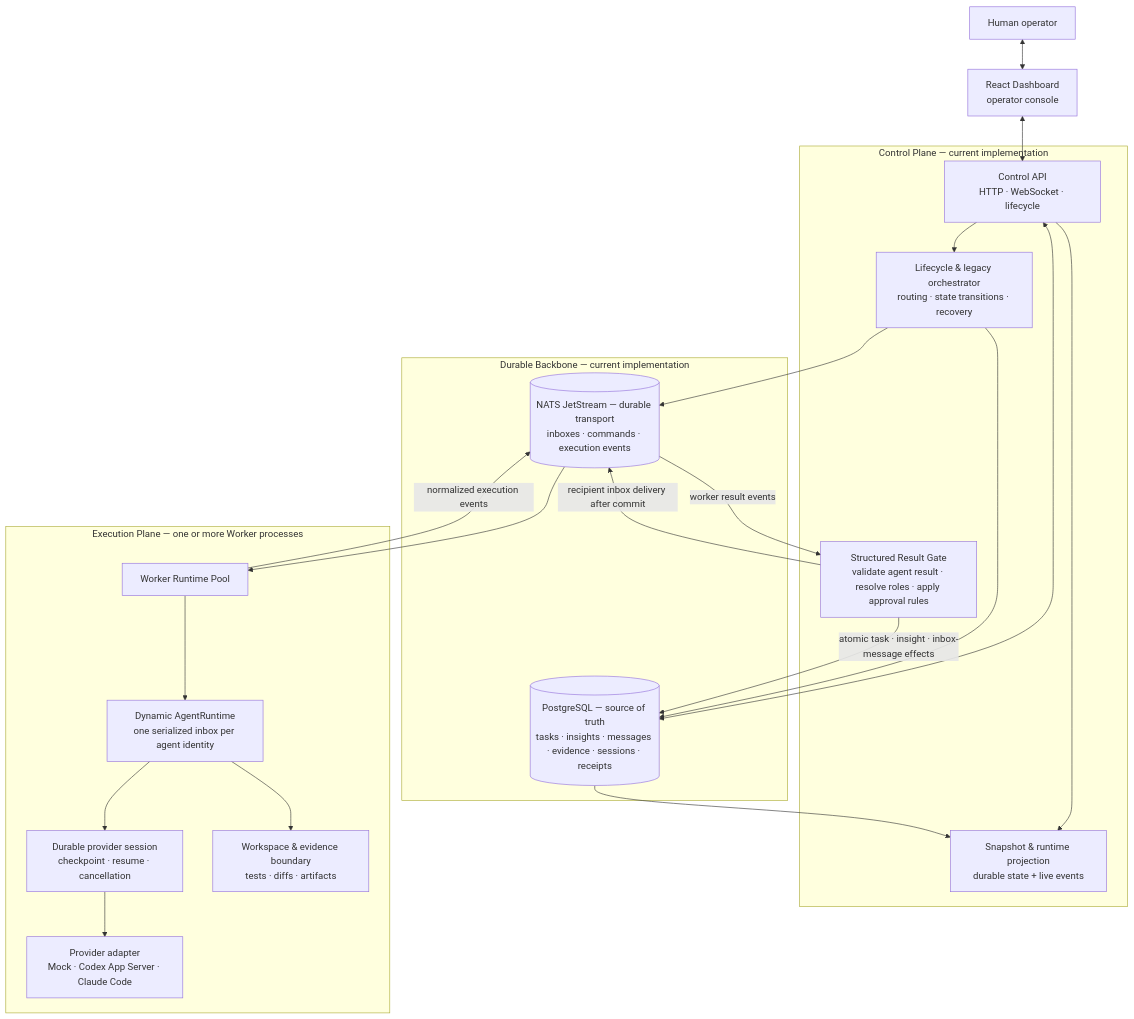
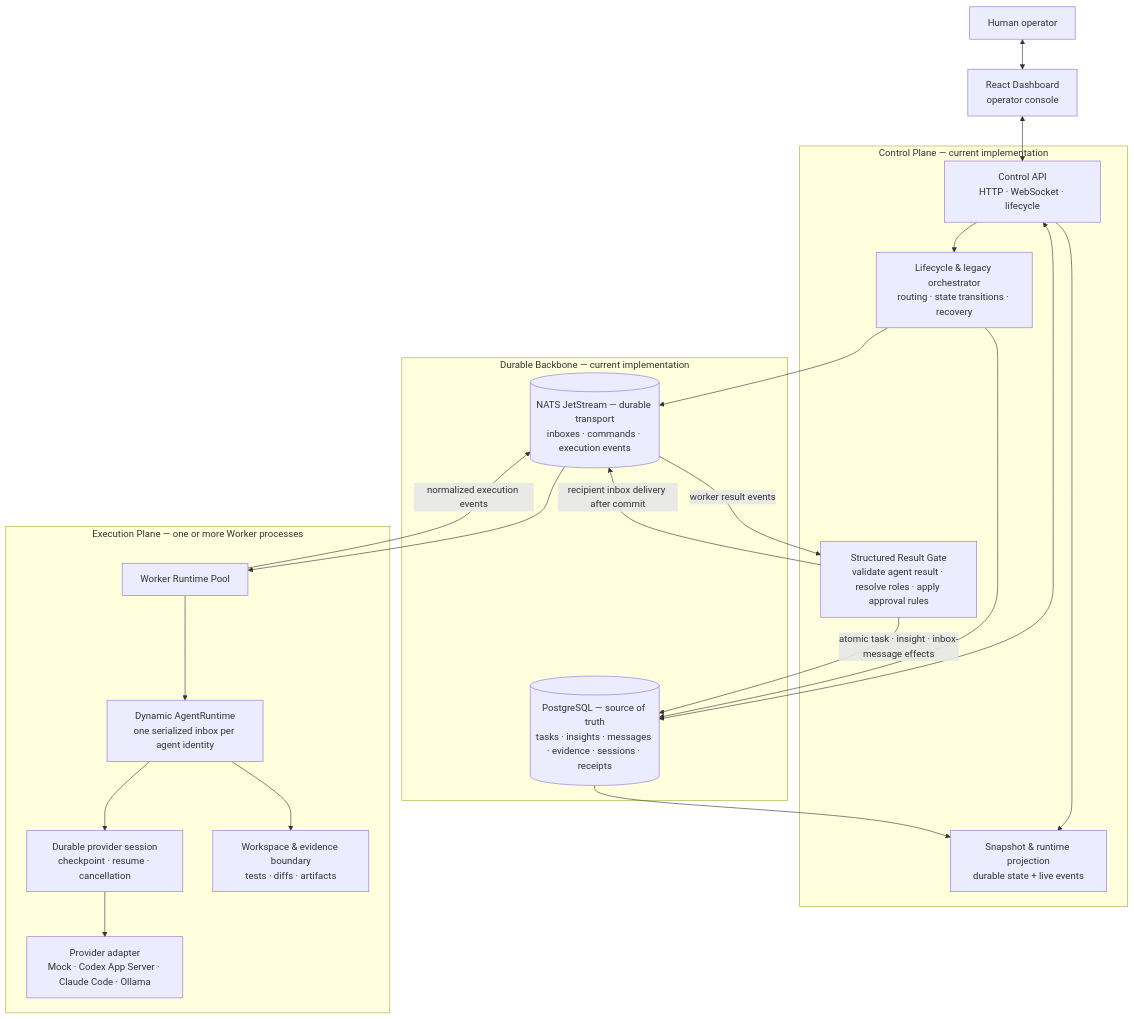
The first of 2 diagrams in README.md (bayshanhai-dev/agentweave), drawn with Mermaid before and after one commit. The commit also changed other lines of this file and 5 other files, not shown here.

First line of the commit message:
feat(worker): add Ollama provider adapter with workspace tool loop

````diff
--- a/README.md
+++ b/README.md
@@ -102,39 +102,39 @@
 ```mermaid
 flowchart TB
     Human[Human operator] <--> Dashboard[React Dashboard<br/>operator console]
 
     subgraph Control[Control Plane — current implementation]
         API[Control API<br/>HTTP · WebSocket · lifecycle]
         Orch[Lifecycle & legacy orchestrator<br/>routing · state transitions · recovery]
         Gate[Structured Result Gate<br/>validate agent result · resolve roles · apply approval rules]
         Projection[Snapshot & runtime projection<br/>durable state + live events]
     end
 
     subgraph Durable[Durable Backbone — current implementation]
         DB[(PostgreSQL — source of truth<br/>tasks · insights · messages · evidence · sessions · receipts)]
         NATS[(NATS JetStream — durable transport<br/>inboxes · commands · execution events)]
     end
 
     subgraph Runtime[Execution Plane — one or more Worker processes]
         Worker[Worker Runtime Pool]
         Actor[Dynamic AgentRuntime<br/>one serialized inbox per agent identity]
         Session[Durable provider session<br/>checkpoint · resume · cancellation]
-        Adapter[Provider adapter<br/>Mock · Codex App Server · Claude Code]
+        Adapter[Provider adapter<br/>Mock · Codex App Server · Claude Code · Ollama]
         Workspace[Workspace & evidence boundary<br/>tests · diffs · artifacts]
         Worker --> Actor --> Session --> Adapter
         Actor --> Workspace
     end
 
     Dashboard <--> API
     API --> Orch
     API --> Projection
     API <--> DB
     Orch --> DB
     Orch --> NATS
     NATS -->|worker result events| Gate
     Gate -->|atomic task · insight · inbox-message effects| DB
     Gate -->|recipient inbox delivery after commit| NATS
     NATS --> Worker
     Worker -->|normalized execution events| NATS
     DB --> Projection
 ```
````
